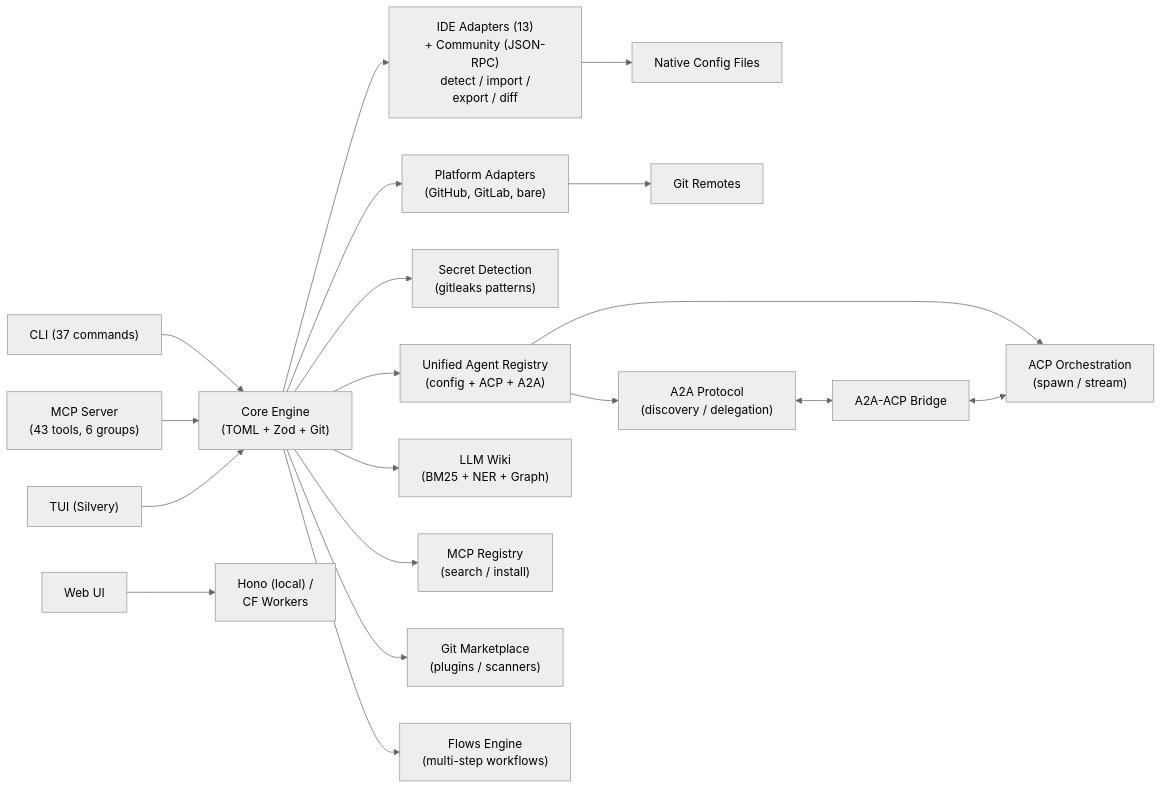
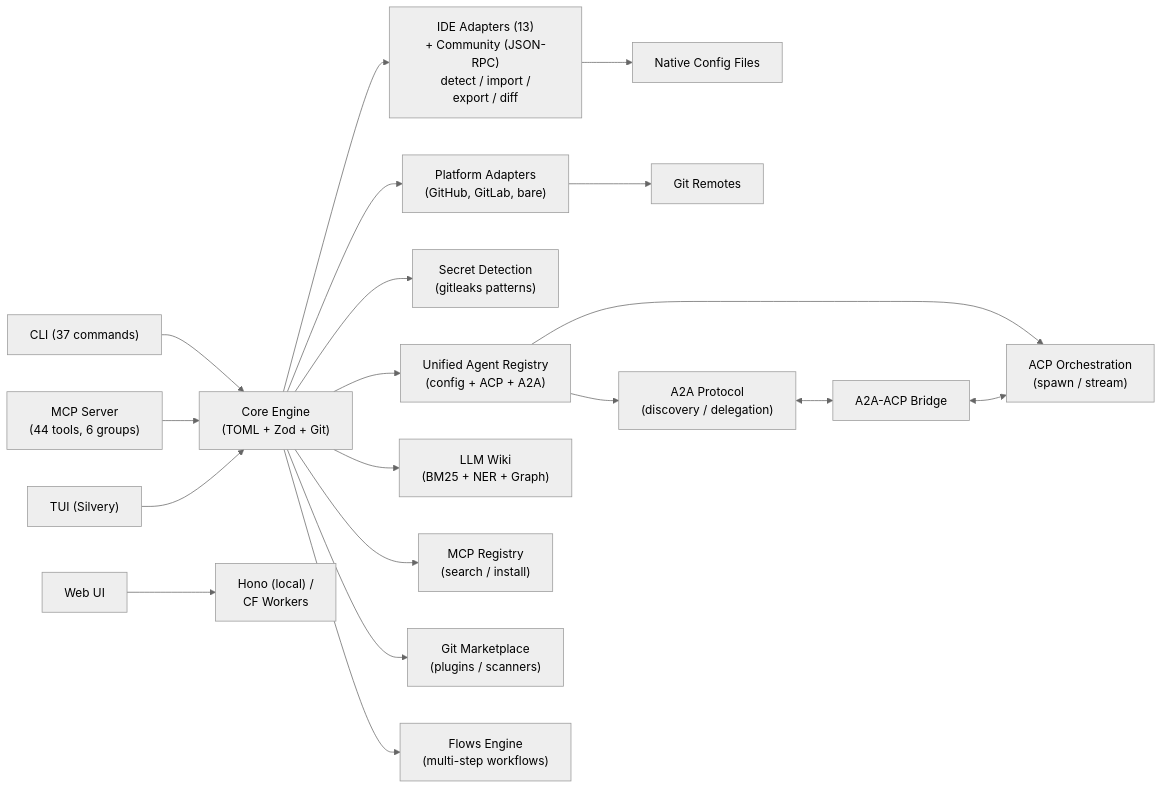
One commit to Codeseys-Labs/agent-manager changed the diagram in README.md. Above: the diagram before and after it, drawn with Mermaid (neutral theme). The commit also changed other lines of this file and 11 other files, not shown here.

````diff
--- a/README.md
+++ b/README.md
@@ -890,24 +890,24 @@
 ```mermaid
 graph LR
     CLI["CLI (37 commands)"] --> Core["Core Engine<br/>(TOML + Zod + Git)"]
-    MCP["MCP Server<br/>(43 tools, 6 groups)"] --> Core
+    MCP["MCP Server<br/>(44 tools, 6 groups)"] --> Core
     TUI["TUI (Silvery)"] --> Core
     Web["Web UI"] --> Hono["Hono (local) /<br/>CF Workers"]
 
     Core --> Adapters["IDE Adapters (13)<br/>+ Community (JSON-RPC)<br/>detect / import /<br/>export / diff"]
     Core --> Platform["Platform Adapters<br/>(GitHub, GitLab, bare)"]
     Core --> Secrets["Secret Detection<br/>(gitleaks patterns)"]
     Core --> AgentReg["Unified Agent Registry<br/>(config + ACP + A2A)"]
 
     Adapters --> Native["Native Config Files"]
     Platform --> Remote["Git Remotes"]
 
     Core --> Wiki["LLM Wiki<br/>(BM25 + NER + Graph)"]
     Core --> Registry["MCP Registry<br/>(search / install)"]
     Core --> Marketplace["Git Marketplace<br/>(plugins / scanners)"]
     Core --> Flows["Flows Engine<br/>(multi-step workflows)"]
 
     AgentReg --> A2A["A2A Protocol<br/>(discovery / delegation)"]
     AgentReg --> ACP["ACP Orchestration<br/>(spawn / stream)"]
     A2A <--> Bridge["A2A-ACP Bridge"] <--> ACP
 ```
````
